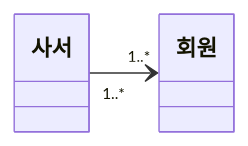
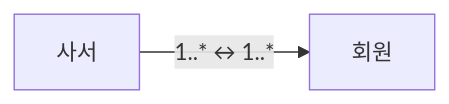
The eighth of 30 diagrams in content/ch01.md (Dori-Develop/EIPStudy), drawn with Mermaid before and after one commit. The commit also changed 3 other files, not shown here.

First line of the commit message:
다대다 다중도 — flowchart 로 그린다. 선 길이가 문제가 아니었다

````diff
--- a/content/ch01.md
+++ b/content/ch01.md
@@ -551,5 +551,4 @@
 ```mermaid
-classDiagram
-    direction LR
-    사서 "1..*" --> "1..*" 회원
+flowchart LR
+    사서["사서"] -- "1..*  ↔  1..*" --> 회원["회원"]
 ```
````
